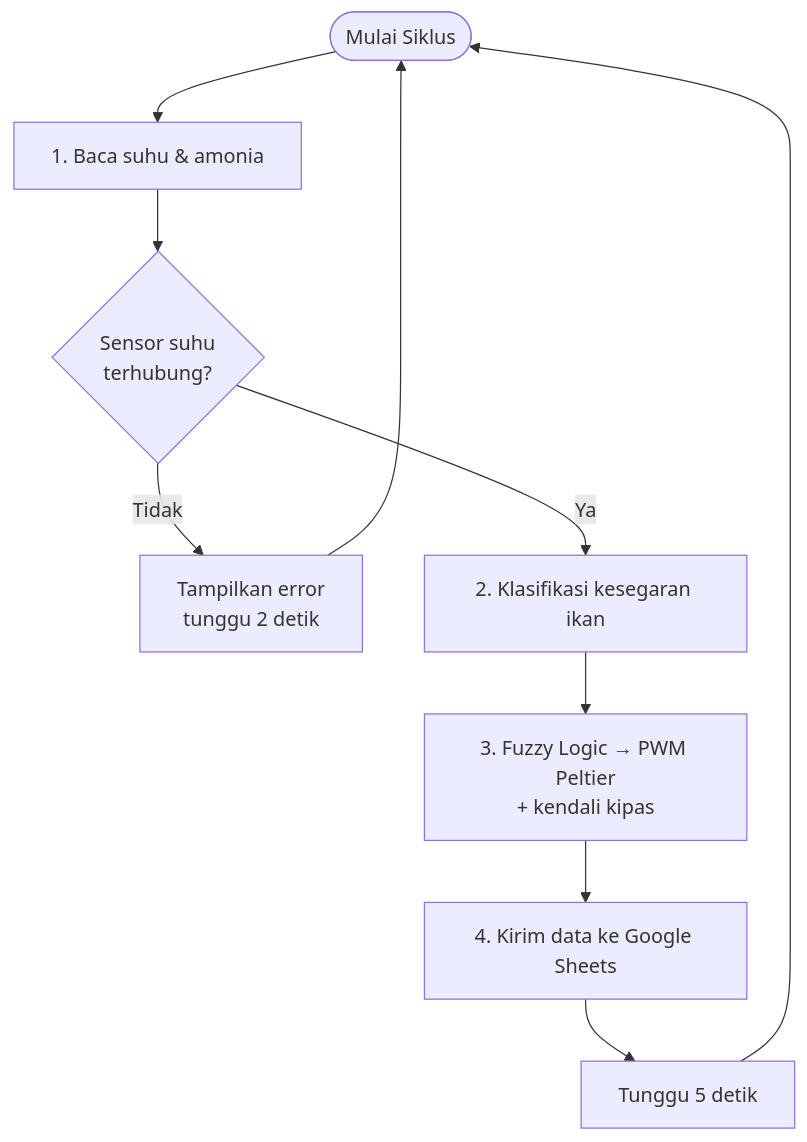
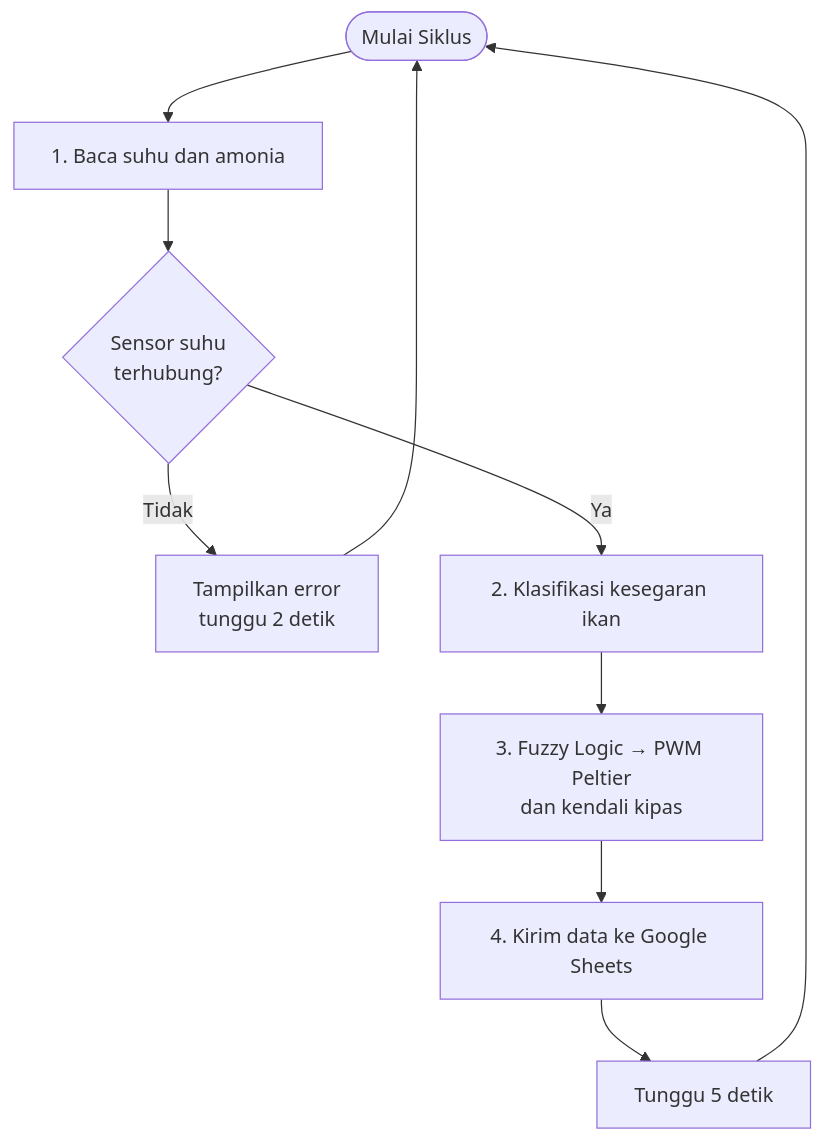
The second of 2 diagrams in README.md (aryajisantosa/iot-fish-temp-control), drawn with Mermaid before and after one commit. The commit also changed other lines of this file, not shown here.

````diff
--- a/README.md
+++ b/README.md
@@ -122,10 +120,10 @@
 ```mermaid
 flowchart TD
-    S([Mulai Siklus]) --> R["1. Baca suhu & amonia"]
+    S([Mulai Siklus]) --> R["1. Baca suhu dan amonia"]
     R --> V{"Sensor suhu<br/>terhubung?"}
     V -- Tidak --> W["Tampilkan error<br/>tunggu 2 detik"] --> S
     V -- Ya --> K["2. Klasifikasi kesegaran ikan"]
-    K --> F["3. Fuzzy Logic → PWM Peltier<br/>+ kendali kipas"]
+    K --> F["3. Fuzzy Logic → PWM Peltier<br/>dan kendali kipas"]
     F --> P["4. Kirim data ke Google Sheets"]
     P --> D["Tunggu 5 detik"] --> S
 ```
````
